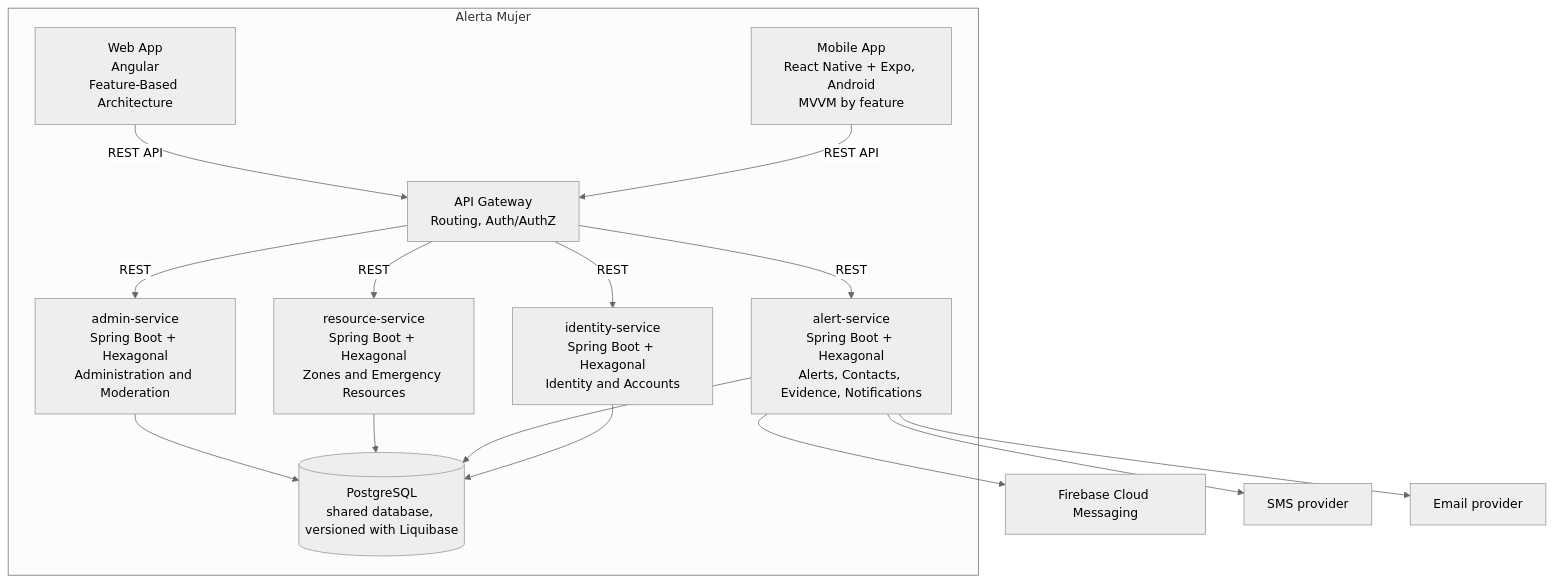
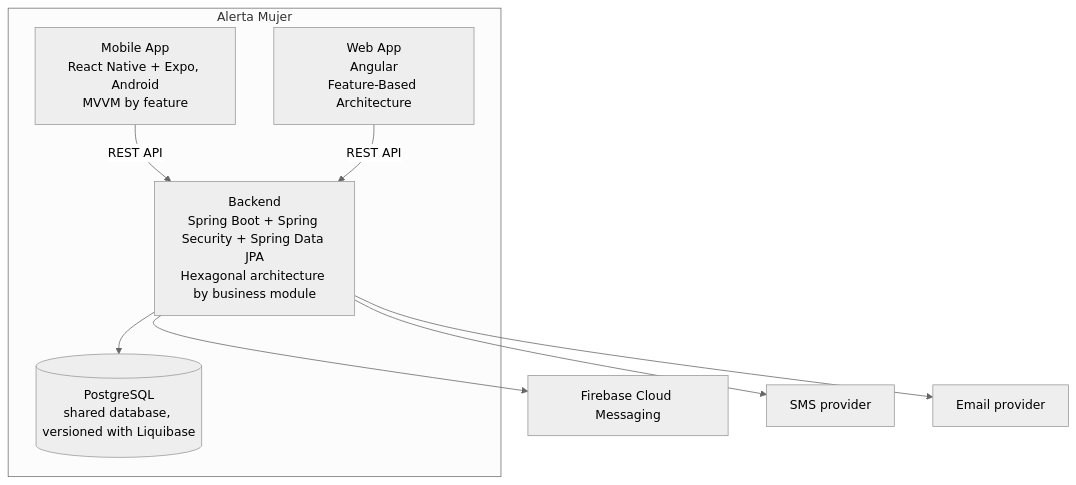
The second of 2 diagrams in 05-architecture/overview.md (code-sena/wal-docs), drawn with Mermaid (neutral theme) before and after one commit. The commit also changed other lines of this file and 7 other files, not shown here.

Commit message:
docs:Architecture folder update

````diff
--- a/05-architecture/overview.md
+++ b/05-architecture/overview.md
@@ -43,31 +43,20 @@
 ```mermaid
 graph TB
   subgraph "Alerta Mujer"
     MOB[Mobile App<br/>React Native + Expo, Android<br/>MVVM by feature]
     WEB[Web App<br/>Angular<br/>Feature-Based Architecture]
-    GW[API Gateway<br/>Routing, Auth/AuthZ]
-    ID[identity-service<br/>Spring Boot + Hexagonal<br/>Identity and Accounts]
-    AL[alert-service<br/>Spring Boot + Hexagonal<br/>Alerts, Contacts, Evidence, Notifications]
-    RS[resource-service<br/>Spring Boot + Hexagonal<br/>Zones and Emergency Resources]
-    AD[admin-service<br/>Spring Boot + Hexagonal<br/>Administration and Moderation]
+    BACK[Backend<br/>Spring Boot + Spring Security + Spring Data JPA<br/>Hexagonal architecture by business module]
     DB[(PostgreSQL<br/>shared database, versioned with Liquibase)]
   end
 
   FCM[Firebase Cloud Messaging]
   SMS[SMS provider]
   MAIL[Email provider]
 
-  MOB -->|REST API| GW
-  WEB -->|REST API| GW
-  GW -->|REST| ID
-  GW -->|REST| AL
-  GW -->|REST| RS
-  GW -->|REST| AD
-  ID --> DB
-  AL --> DB
-  RS --> DB
-  AD --> DB
-  AL --> FCM
-  AL --> SMS
-  AL --> MAIL
+  MOB -->|REST API| BACK
+  WEB -->|REST API| BACK
+  BACK --> DB
+  BACK --> FCM
+  BACK --> SMS
+  BACK --> MAIL
 ```
````
